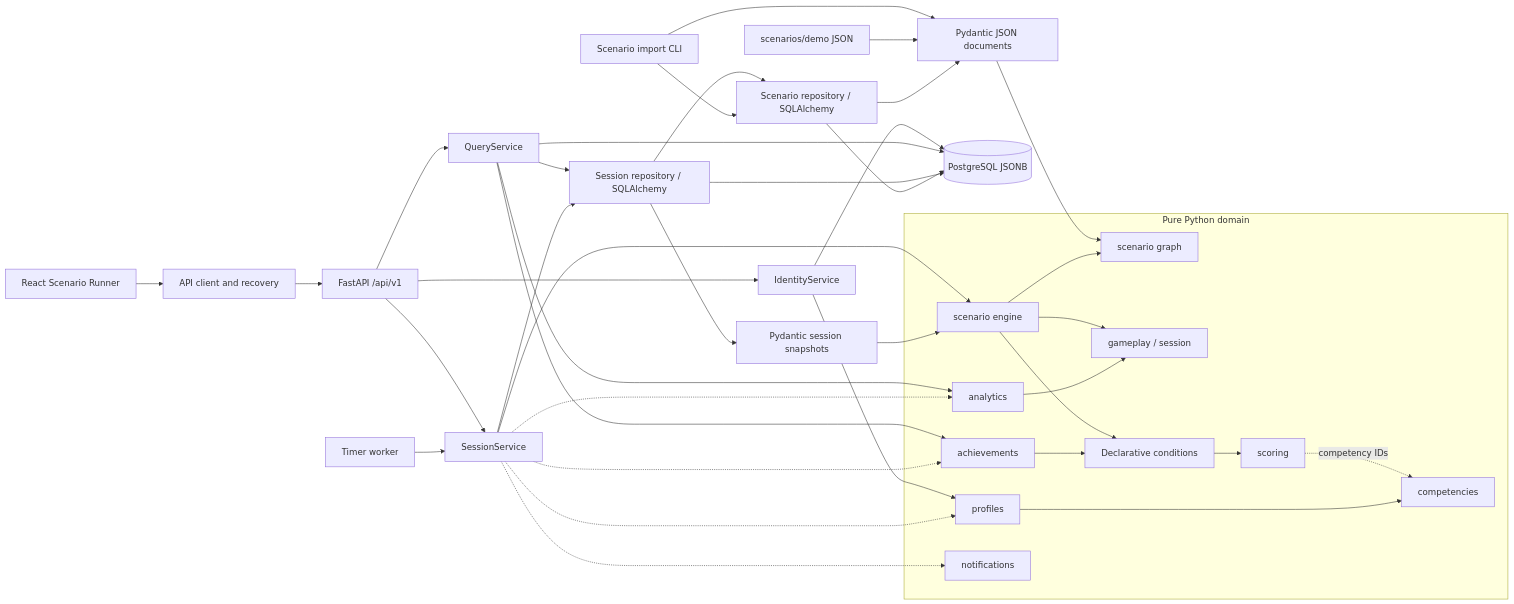
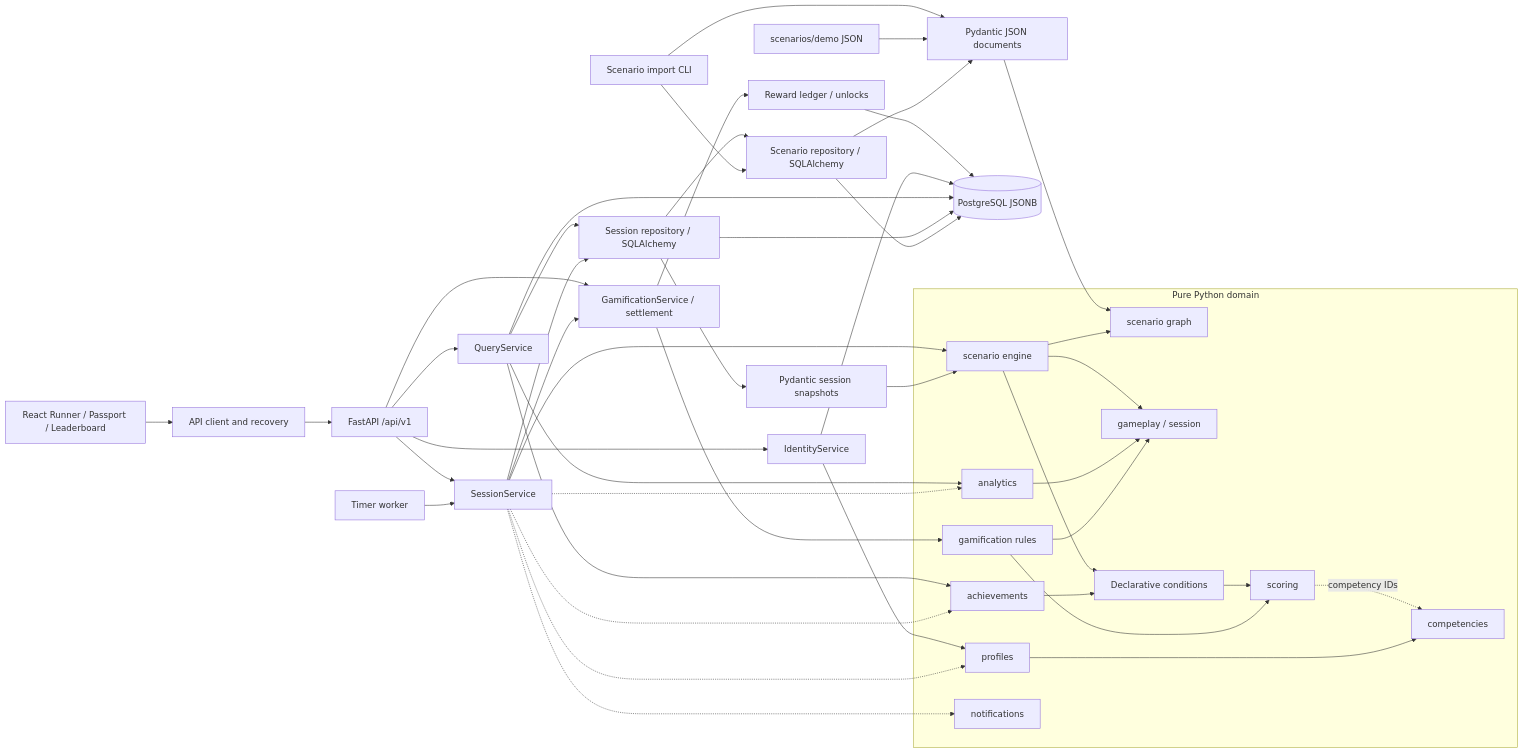
The diagram in docs/ARCHITECTURE.md (chidori31/vsm-training-platform), drawn with Mermaid before and after one commit. The commit also changed other lines of this file and 33 other files, not shown here.

````diff
--- a/docs/ARCHITECTURE.md
+++ b/docs/ARCHITECTURE.md
@@ -24,42 +25,49 @@
 ```mermaid
 flowchart LR
-    React[React Scenario Runner] --> Client[API client and recovery]
+    React[React Runner / Passport / Leaderboard] --> Client[API client and recovery]
     Client --> API[FastAPI /api/v1]
     API --> UseCases[SessionService]
     API --> Identity[IdentityService]
     API --> Queries[QueryService]
+    API --> Rewards[GamificationService / settlement]
+    UseCases --> Rewards
+    Rewards --> Facts[Reward ledger / unlocks]
+    Rewards --> Gamification[gamification rules]
+    Facts --> PG
     Identity --> Profiles
     Identity --> PG
     Queries --> Sessions
     Queries --> Analytics
     Queries --> Achievements
     Queries --> PG
     Worker[Timer worker] --> UseCases
     UseCases --> Engine[scenario engine]
     UseCases --> Sessions[Session repository / SQLAlchemy]
     Sessions --> Snapshots[Pydantic session snapshots]
     Sessions --> SQL[Scenario repository / SQLAlchemy]
     Sessions --> PG[(PostgreSQL JSONB)]
     CLI[Scenario import CLI] --> Documents[Pydantic JSON documents]
     Files[scenarios/demo JSON] --> Documents
     CLI --> SQL
     SQL --> Documents
     SQL --> PG
     Documents --> Graph[scenario graph]
     Snapshots --> Engine
     subgraph Domain[Pure Python domain]
         Engine --> Gameplay[gameplay / session]
         Engine --> Graph
         Engine --> Rules[Declarative conditions]
         Rules --> Scoring[scoring]
         Scoring -. competency IDs .-> Competencies[competencies]
         Profiles[profiles] --> Competencies
         Achievements[achievements] --> Rules
         Notifications[notifications]
         Analytics[analytics] --> Gameplay
+        Gamification --> Gameplay
+        Gamification --> Scoring
     end
     UseCases -.-> Profiles
     UseCases -.-> Achievements
     UseCases -.-> Notifications
     UseCases -.-> Analytics
 ```
````
